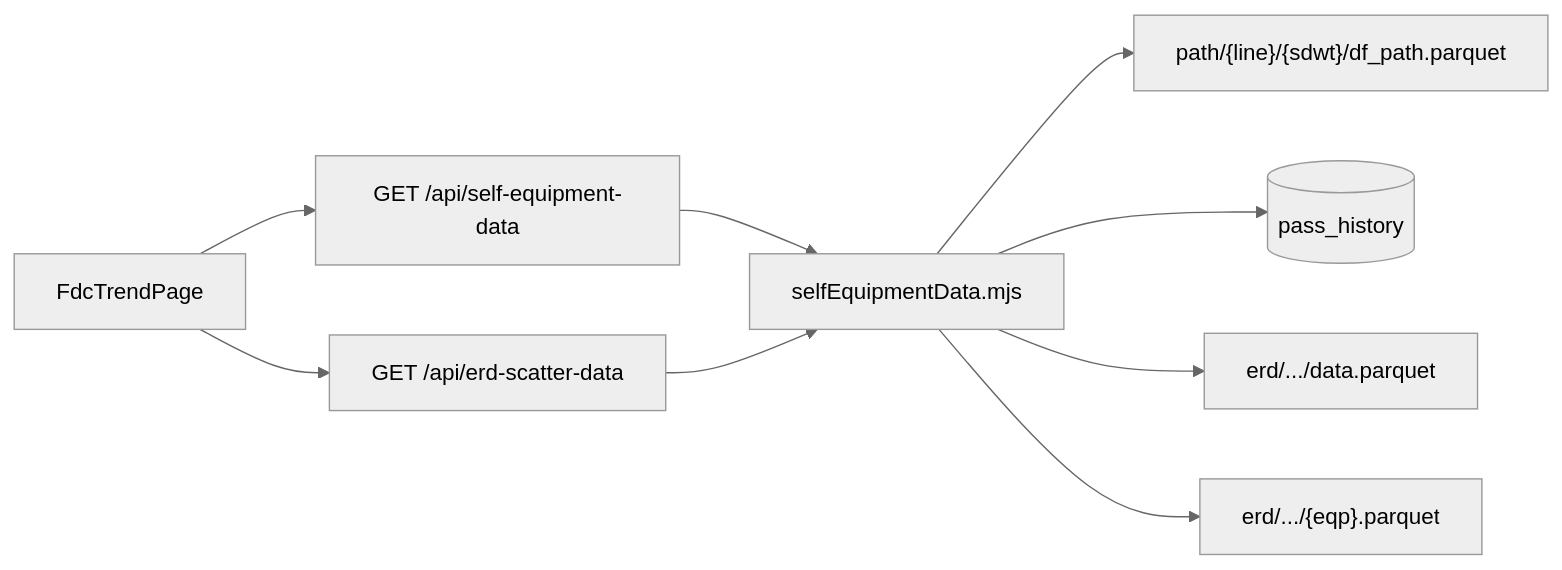
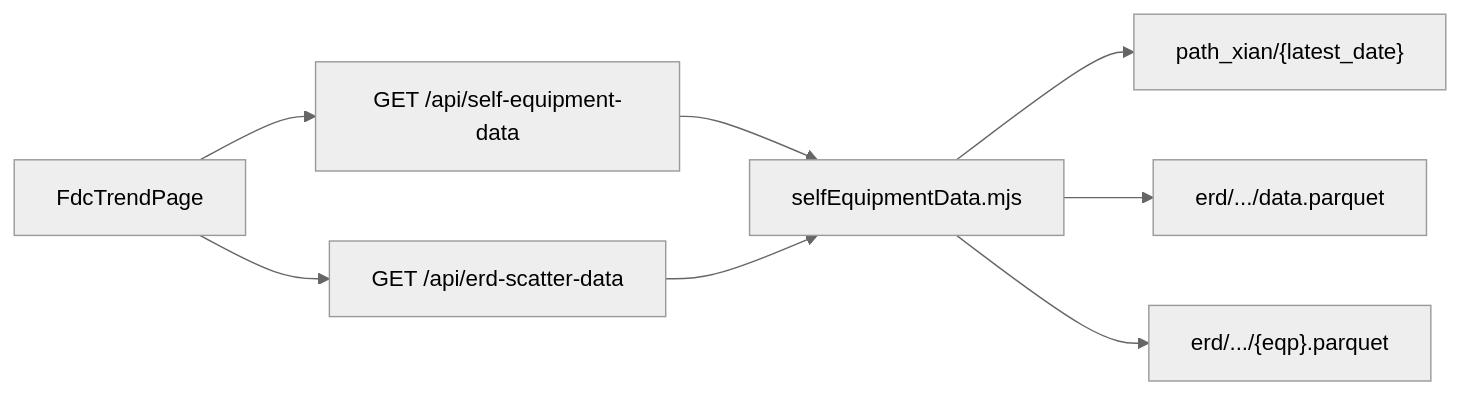
Before and after one commit to mlbarod/l0_spider_scs: the fifth of 12 diagrams in web_structure.md, drawn with Mermaid (neutral theme). The commit also changed other lines of this file and 30 other files, not shown here.

````diff
--- a/web_structure.md
+++ b/web_structure.md
@@ -286,17 +293,15 @@
 ```mermaid
 flowchart LR
     PAGE["FdcTrendPage"]
     LISTAPI["GET /api/self-equipment-data"]
     LISTNODE["selfEquipmentData.mjs"]
-    PATHFILE["path/{line}/{sdwt}/df_path.parquet"]
-    PASS[("pass_history")]
+    PATHFILE["path_xian/{latest_date}"]
     CHARTAPI["GET /api/erd-scatter-data"]
     ERDDATA["erd/.../data.parquet"]
     HISTORY["erd/.../{eqp}.parquet"]
 
     PAGE --> LISTAPI --> LISTNODE --> PATHFILE
-    LISTNODE --> PASS
     PAGE --> CHARTAPI --> LISTNODE
     LISTNODE --> ERDDATA
     LISTNODE --> HISTORY
 ```
````
